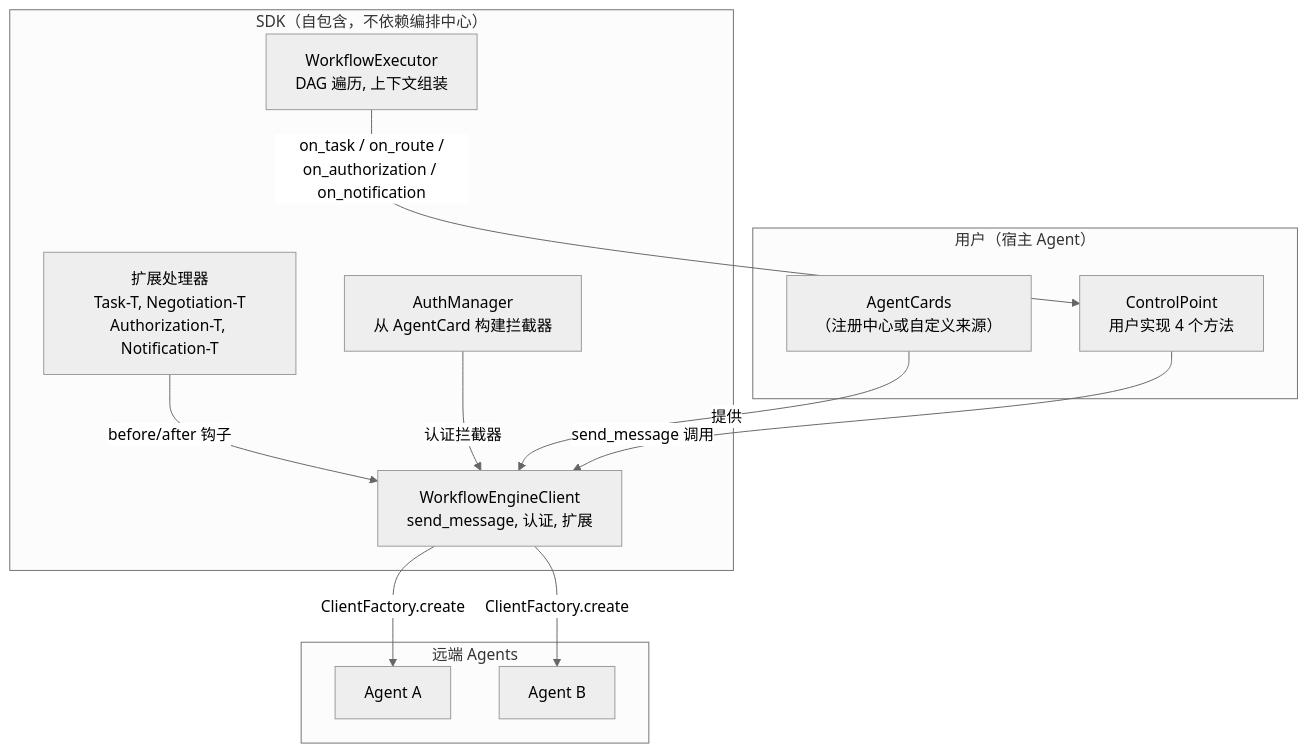
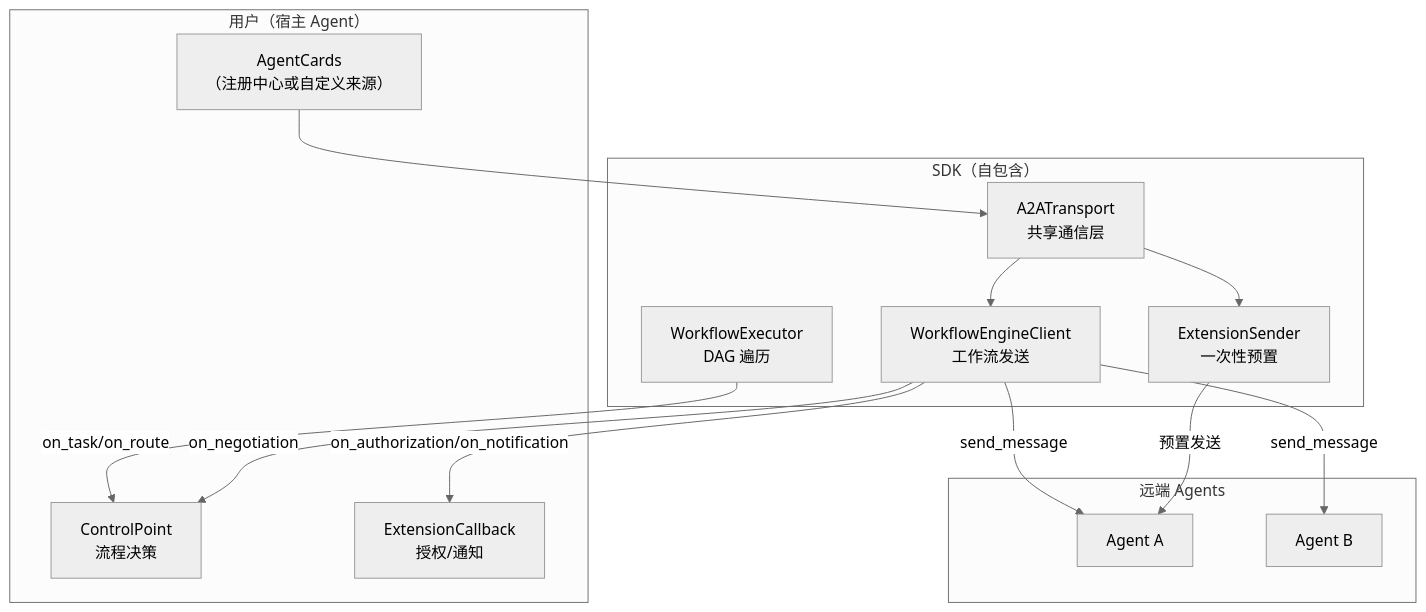
The diagram in README.md (project-openan/workflow-engine-sdk-python), drawn with Mermaid (neutral theme) before and after one commit. The commit also changed other lines of this file and 13 other files, not shown here.

````diff
--- a/README.md
+++ b/README.md
@@ -17,24 +32,27 @@
 ```mermaid
 flowchart TB
     subgraph User["用户（宿主 Agent）"]
         AC["AgentCards<br/>（注册中心或自定义来源）"]
-        CP["ControlPoint<br/>用户实现 4 个方法"]
+        CP["ControlPoint<br/>流程决策"]
+        ECB["ExtensionCallback<br/>授权/通知"]
     end
-    subgraph SDK["SDK（自包含，不依赖编排中心）"]
-        WEC["WorkflowEngineClient<br/>send_message, 认证, 扩展"]
-        WE["WorkflowExecutor<br/>DAG 遍历, 上下文组装"]
-        EH["扩展处理器<br/>Task-T, Negotiation-T<br/>Authorization-T, Notification-T"]
-        AM["AuthManager<br/>从 AgentCard 构建拦截器"]
+    subgraph SDK["SDK（自包含）"]
+        TR["A2ATransport<br/>共享通信层"]
+        WEC["WorkflowEngineClient<br/>工作流发送"]
+        ES["ExtensionSender<br/>一次性预置"]
+        WE["WorkflowExecutor<br/>DAG 遍历"]
     end
     subgraph Agents["远端 Agents"]
         A1["Agent A"]
         A2["Agent B"]
     end
-    AC -->|提供| WEC
-    AM -->|认证拦截器| WEC
-    EH -->|before/after 钩子| WEC
-    WE -->|on_task / on_route /<br/>on_authorization / on_notification| CP
-    CP -->|send_message 调用| WEC
-    WEC -->|ClientFactory.create| A1
-    WEC -->|ClientFactory.create| A2
+    AC --> TR
+    TR --> WEC
+    TR --> ES
+    WEC -->|send_message| A1
+    WEC -->|send_message| A2
+    ES -->|预置发送| A1
+    WE -->|on_task/on_route| CP
+    WEC -->|on_negotiation| CP
+    WEC -->|on_authorization/on_notification| ECB
 ```
````
